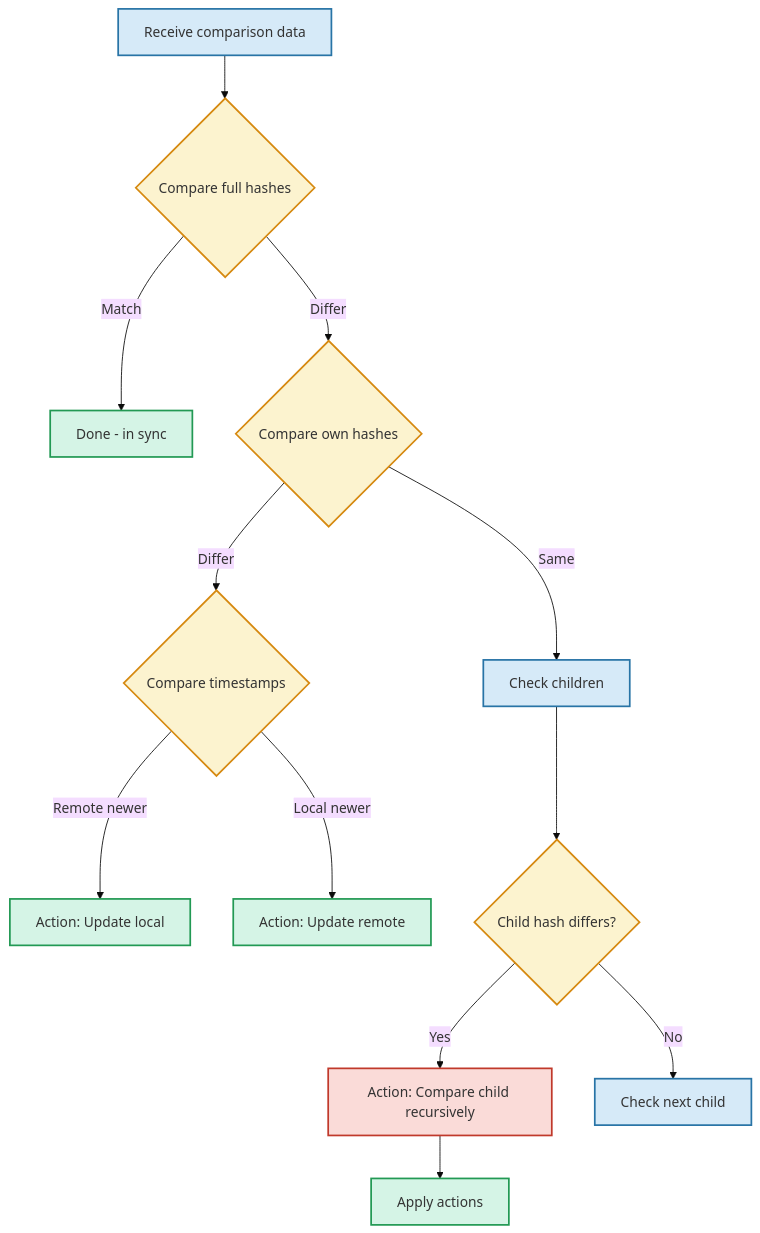
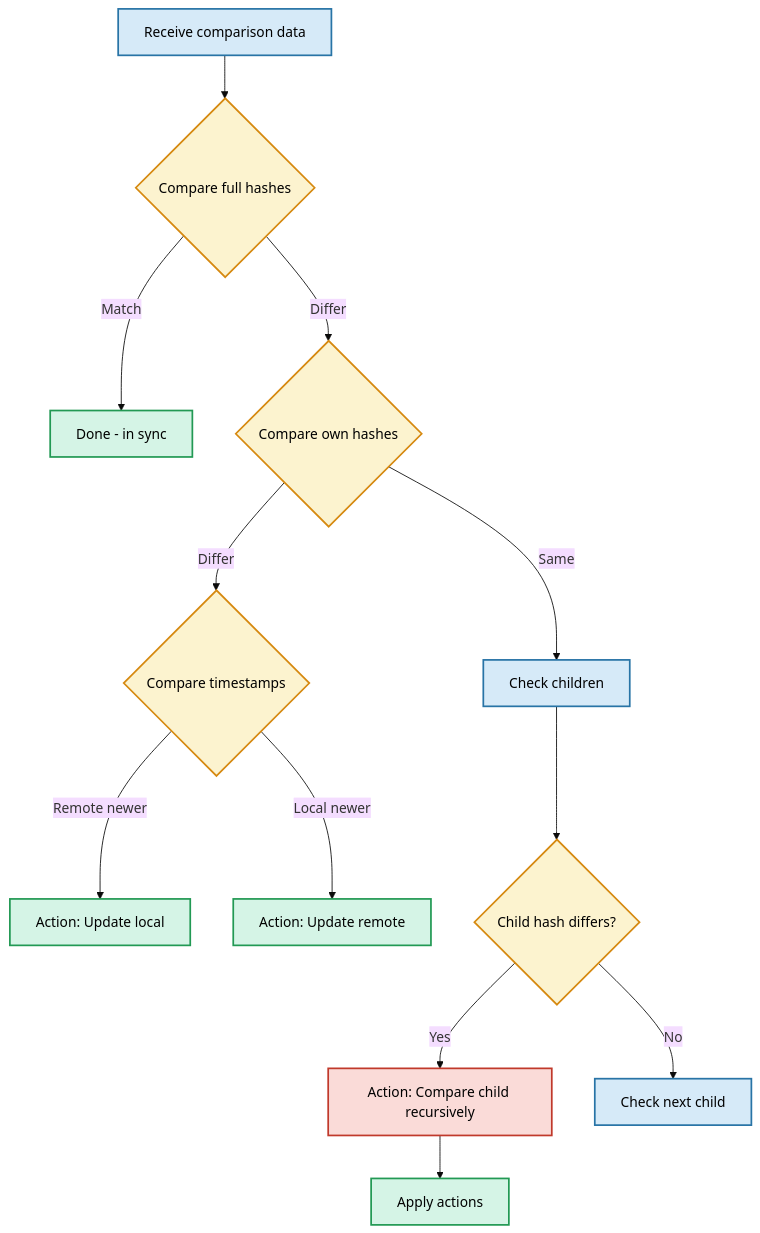
One commit to calimero-network/core changed the seventh of 9 diagrams in crates/storage/README.md. Above: the diagram before and after it, drawn with Mermaid (base theme). The commit also changed other lines of this file, not shown here.

First line of the commit message:
docs(storage): add black text color to all diagrams

````diff
--- a/crates/storage/README.md
+++ b/crates/storage/README.md
@@ -256,27 +256,27 @@
 ```mermaid
 flowchart TD
     A[Receive comparison data] --> B{Compare full hashes}
     B -->|Match| Z[Done - in sync]
     B -->|Differ| C{Compare own hashes}
     C -->|Differ| D{Compare timestamps}
     D -->|Remote newer| E[Action: Update local]
     D -->|Local newer| F[Action: Update remote]
     C -->|Same| G[Check children]
     G --> H{Child hash differs?}
     H -->|Yes| I[Action: Compare child recursively]
     H -->|No| J[Check next child]
     I --> K[Apply actions]
     
-    style A fill:#D6EAF8,stroke:#2874A6,stroke-width:2px
-    style B fill:#FCF3CF,stroke:#D68910,stroke-width:2px
-    style C fill:#FCF3CF,stroke:#D68910,stroke-width:2px
-    style D fill:#FCF3CF,stroke:#D68910,stroke-width:2px
-    style E fill:#D5F4E6,stroke:#229954,stroke-width:2px
-    style F fill:#D5F4E6,stroke:#229954,stroke-width:2px
-    style G fill:#D6EAF8,stroke:#2874A6,stroke-width:2px
-    style H fill:#FCF3CF,stroke:#D68910,stroke-width:2px
-    style I fill:#FADBD8,stroke:#C0392B,stroke-width:2px
-    style J fill:#D6EAF8,stroke:#2874A6,stroke-width:2px
-    style K fill:#D5F4E6,stroke:#229954,stroke-width:2px
-    style Z fill:#D5F4E6,stroke:#229954,stroke-width:2px
+    style A fill:#D6EAF8,stroke:#2874A6,stroke-width:2px,color:#000
+    style B fill:#FCF3CF,stroke:#D68910,stroke-width:2px,color:#000
+    style C fill:#FCF3CF,stroke:#D68910,stroke-width:2px,color:#000
+    style D fill:#FCF3CF,stroke:#D68910,stroke-width:2px,color:#000
+    style E fill:#D5F4E6,stroke:#229954,stroke-width:2px,color:#000
+    style F fill:#D5F4E6,stroke:#229954,stroke-width:2px,color:#000
+    style G fill:#D6EAF8,stroke:#2874A6,stroke-width:2px,color:#000
+    style H fill:#FCF3CF,stroke:#D68910,stroke-width:2px,color:#000
+    style I fill:#FADBD8,stroke:#C0392B,stroke-width:2px,color:#000
+    style J fill:#D6EAF8,stroke:#2874A6,stroke-width:2px,color:#000
+    style K fill:#D5F4E6,stroke:#229954,stroke-width:2px,color:#000
+    style Z fill:#D5F4E6,stroke:#229954,stroke-width:2px,color:#000
 ```
````
